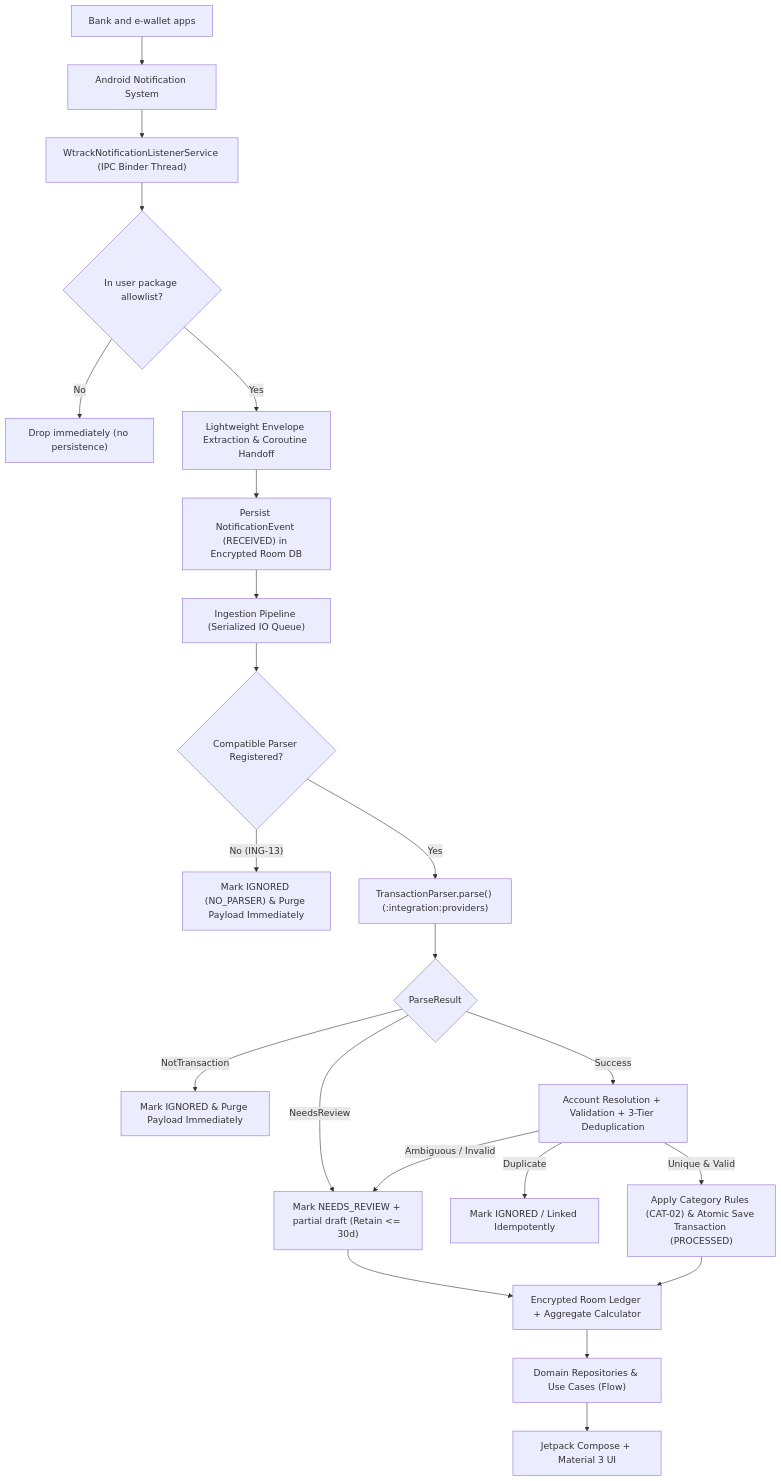
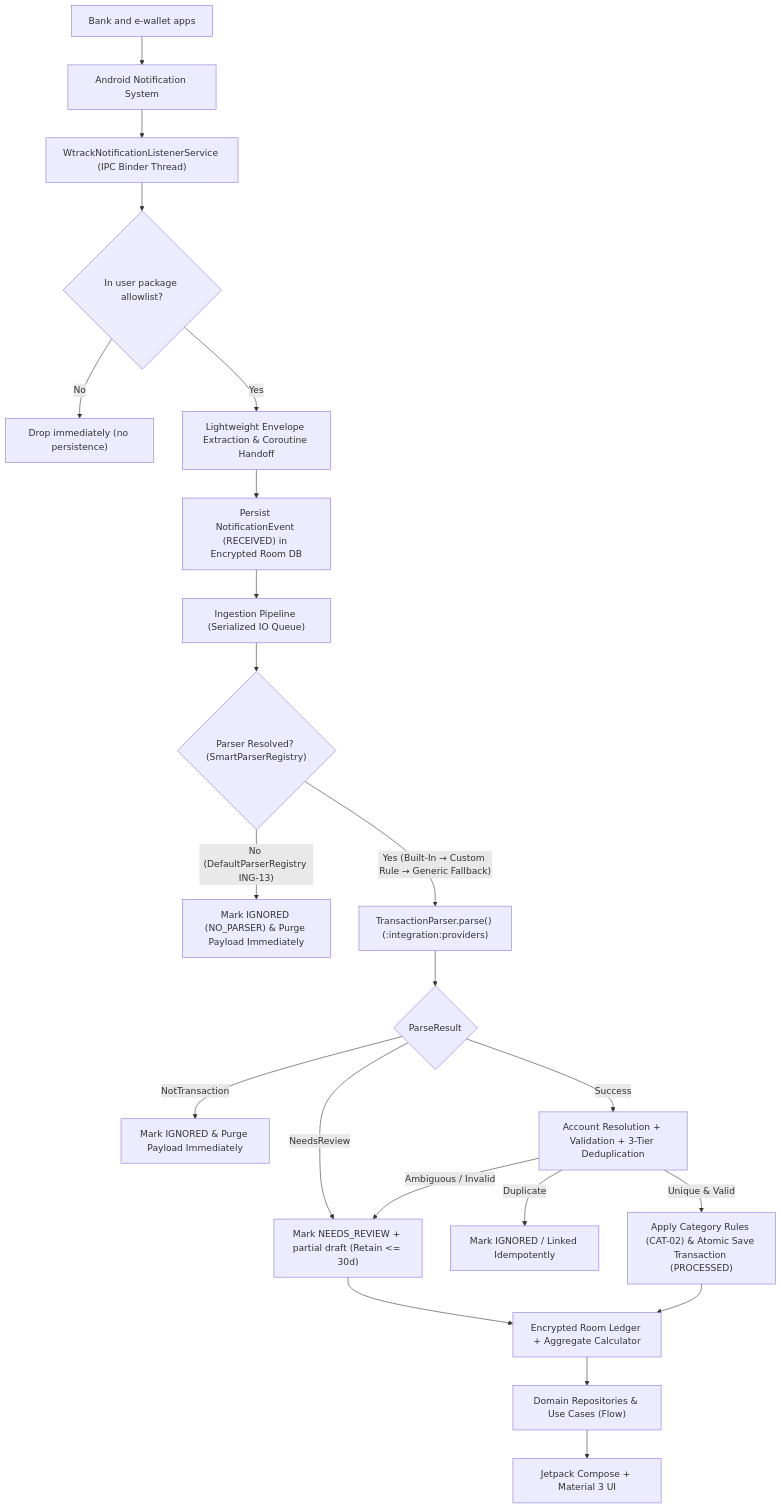
One commit to Adomancer/W-Track changed the first of 2 diagrams in docs/ARCHITECTURE.md. Above: the diagram before and after it, drawn with Mermaid. The commit also changed other lines of this file and 43 other files, not shown here.

Commit message:
feat(parser): add generic fallback parser, custom notification patterns, and schema v2

````diff
--- a/docs/ARCHITECTURE.md
+++ b/docs/ARCHITECTURE.md
@@ -27,24 +27,24 @@
 ```mermaid
 flowchart TD
     A["Bank and e-wallet apps"] --> B["Android Notification System"]
     B --> C["WtrackNotificationListenerService (IPC Binder Thread)"]
     C --> D{"In user package allowlist?"}
     D -- "No" --> Z["Drop immediately (no persistence)"]
     D -- "Yes" --> E["Lightweight Envelope Extraction & Coroutine Handoff"]
     E --> F["Persist NotificationEvent (RECEIVED) in Encrypted Room DB"]
     F --> G["Ingestion Pipeline (Serialized IO Queue)"]
-    G --> H{"Compatible Parser Registered?"}
-    H -- "No (ING-13)" --> I["Mark IGNORED (NO_PARSER) & Purge Payload Immediately"]
-    H -- "Yes" --> J["TransactionParser.parse() (:integration:providers)"]
+    G --> H{"Parser Resolved? (SmartParserRegistry)"}
+    H -- "No (DefaultParserRegistry ING-13)" --> I["Mark IGNORED (NO_PARSER) & Purge Payload Immediately"]
+    H -- "Yes (Built-In → Custom Rule → Generic Fallback)" --> J["TransactionParser.parse() (:integration:providers)"]
     J --> K{"ParseResult"}
     K -- "NotTransaction" --> L["Mark IGNORED & Purge Payload Immediately"]
     K -- "NeedsReview" --> M["Mark NEEDS_REVIEW + partial draft (Retain <= 30d)"]
     K -- "Success" --> N["Account Resolution + Validation + 3-Tier Deduplication"]
     N -- "Ambiguous / Invalid" --> M
     N -- "Duplicate" --> O["Mark IGNORED / Linked Idempotently"]
     N -- "Unique & Valid" --> P["Apply Category Rules (CAT-02) & Atomic Save Transaction (PROCESSED)"]
     P --> Q["Encrypted Room Ledger + Aggregate Calculator"]
     M --> Q
     Q --> R["Domain Repositories & Use Cases (Flow)"]
     R --> S["Jetpack Compose + Material 3 UI"]
 ```
````
